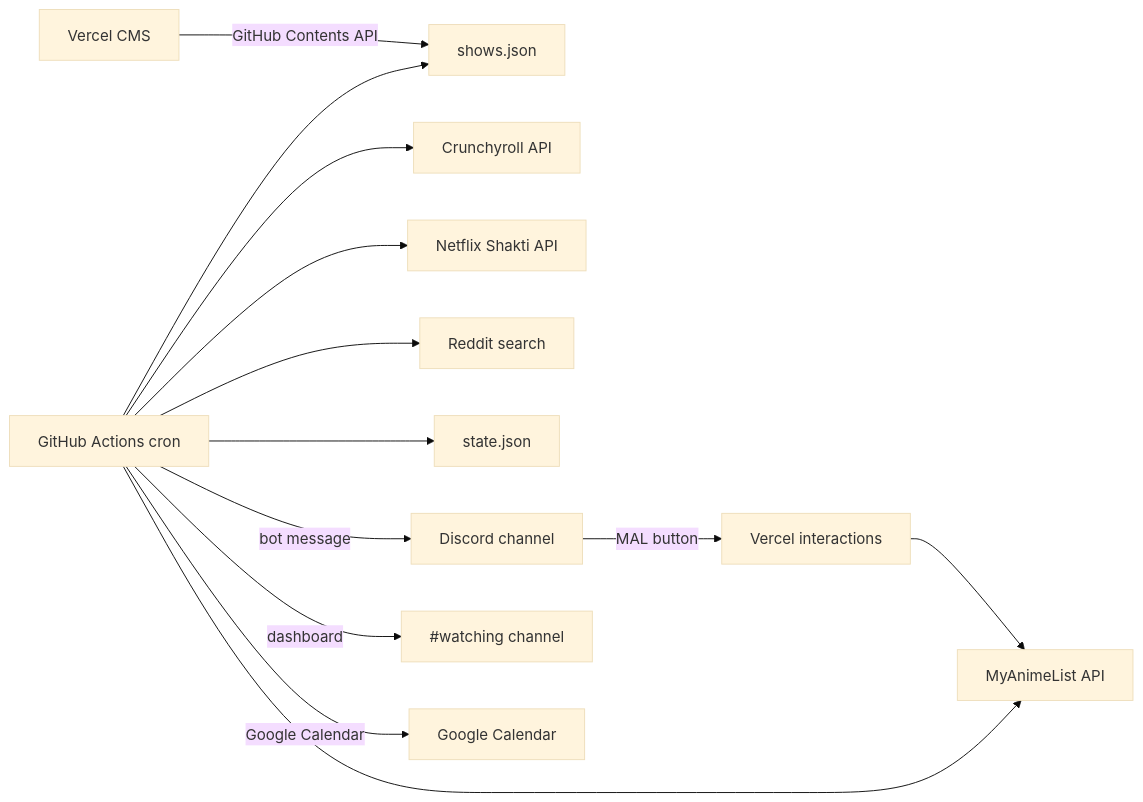
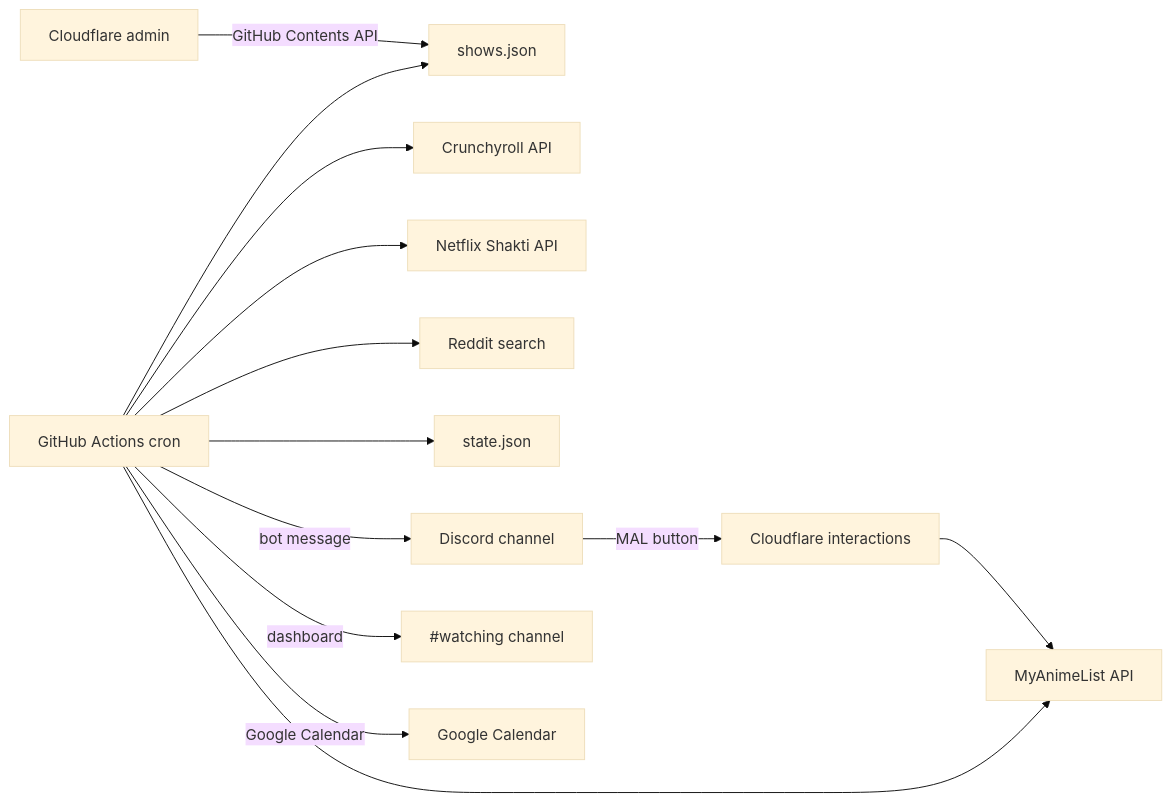
Before and after one commit to n9d0g/anime-ep-checker: the diagram in README.md, drawn with Mermaid (base theme). The commit also changed other lines of this file and 41 other files, not shown here.

````diff
--- a/README.md
+++ b/README.md
@@ -7,15 +7,15 @@
 ```mermaid
 flowchart LR
-  Admin[Vercel CMS] -->|GitHub Contents API| Shows[shows.json]
+  Admin[Cloudflare admin] -->|GitHub Contents API| Shows[shows.json]
   Cron[GitHub Actions cron] --> Shows
   Cron --> CR[Crunchyroll API]
   Cron --> NF[Netflix Shakti API]
   Cron --> Reddit[Reddit search]
   Cron --> State[state.json]
   Cron -->|bot message| Discord[Discord channel]
   Cron -->|dashboard| Watching[#watching channel]
   Cron -->|Google Calendar| Calendar[Google Calendar]
-  Discord -->|MAL button| Vercel[Vercel interactions]
-  Vercel --> MAL[MyAnimeList API]
+  Discord -->|MAL button| AdminWorker[Cloudflare interactions]
+  AdminWorker --> MAL[MyAnimeList API]
   Cron --> MAL
 ```
````
